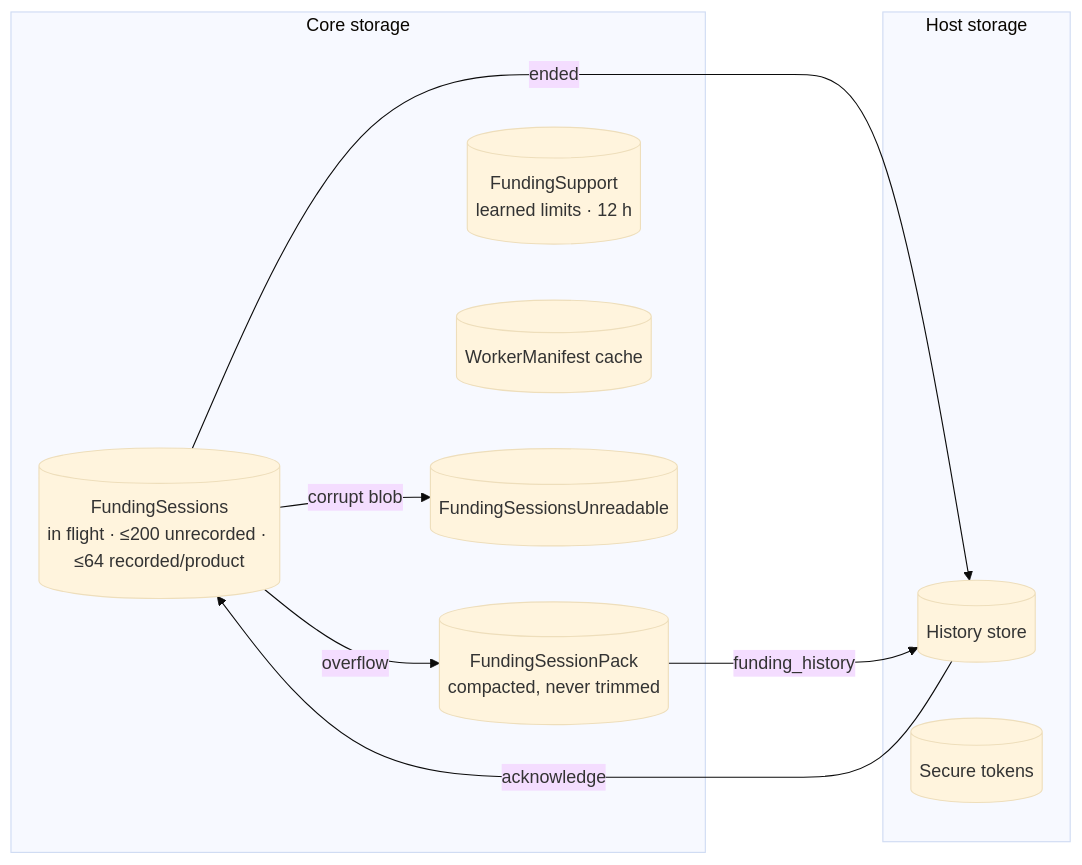
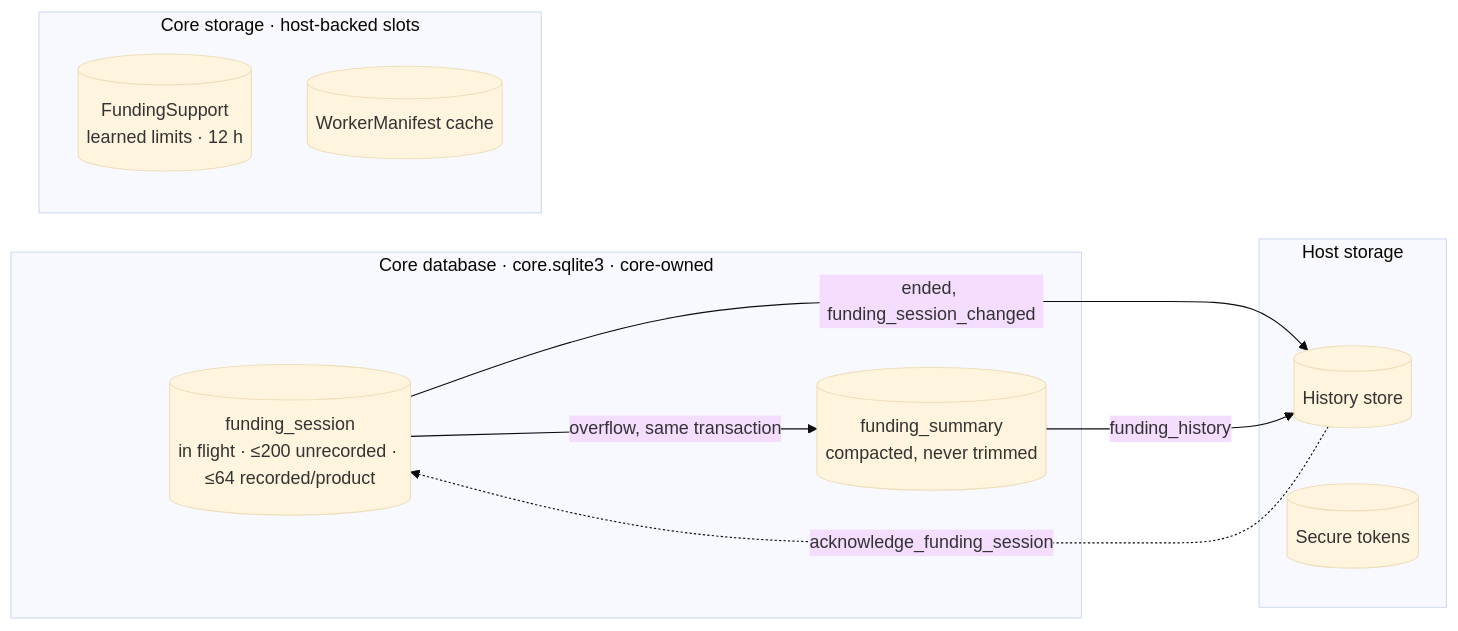
Before and after one commit to paritytech/trinity-user-agents: the seventh of 8 diagrams in docs/design/funding-modality.md, drawn with Mermaid (base theme). The commit also changed other lines of this file, not shown here.

Commit message:
docs(design): funding sessions in the core database, restart reads it

````diff
--- a/docs/design/funding-modality.md
+++ b/docs/design/funding-modality.md
@@ -186,19 +197,19 @@
 ```mermaid
 flowchart LR
-  subgraph core["Core storage"]
-    s[(FundingSessions<br/>in flight · ≤200 unrecorded · ≤64 recorded/product)]
-    k[(FundingSessionPack<br/>compacted, never trimmed)]
+  subgraph db["Core database · core.sqlite3 · core-owned"]
+    s[(funding_session<br/>in flight · ≤200 unrecorded · ≤64 recorded/product)]
+    k[(funding_summary<br/>compacted, never trimmed)]
+  end
+  subgraph kv["Core storage · host-backed slots"]
     l[(FundingSupport<br/>learned limits · 12 h)]
     m[(WorkerManifest cache)]
-    u[(FundingSessionsUnreadable)]
   end
   subgraph host["Host storage"]
     h[(History store)]
     t[(Secure tokens)]
   end
-  s -- overflow --> k
-  s -- ended --> h
-  h -- acknowledge --> s
+  s -- overflow, same transaction --> k
+  s -- ended, funding_session_changed --> h
+  h -. acknowledge_funding_session .-> s
   k -- funding_history --> h
-  s -- corrupt blob --> u
 ```
````
